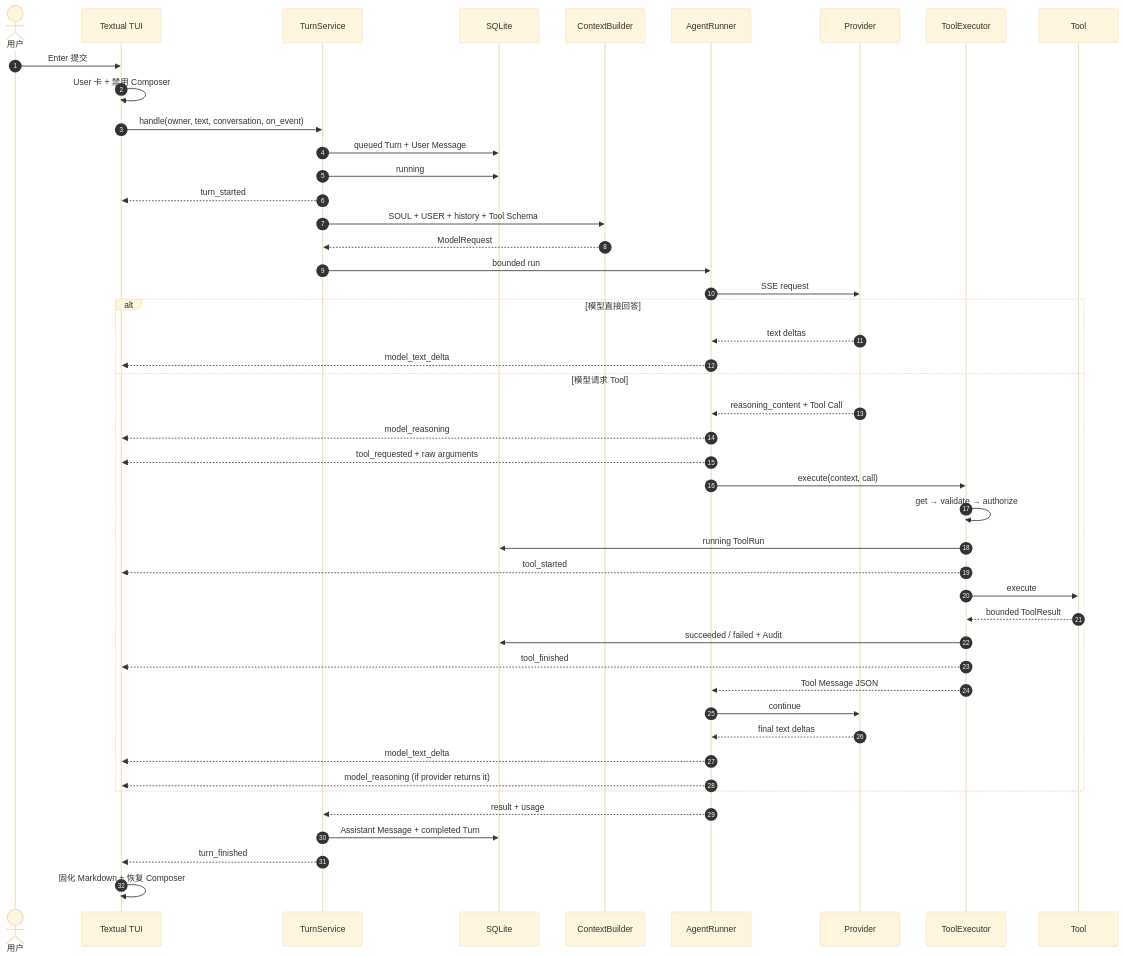
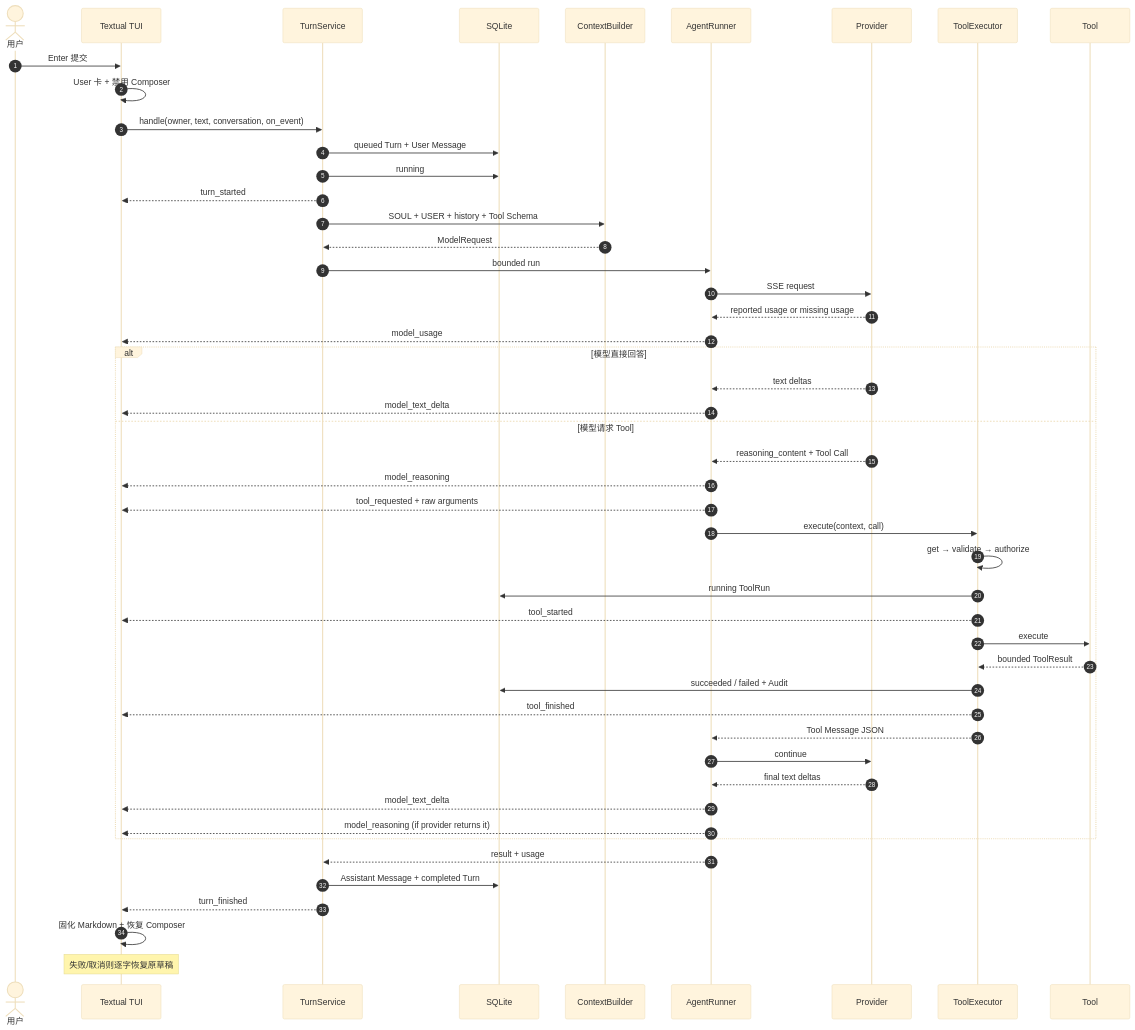
One commit to NEDONION/lobster0 changed the fourth of 9 diagrams in docs/architecture/20260807_系统架构.md. Above: the diagram before and after it, drawn with Mermaid (base theme). The commit also changed other lines of this file and 18 other files, not shown here.

````diff
--- a/docs/architecture/20260807_系统架构.md
+++ b/docs/architecture/20260807_系统架构.md
@@ -79,49 +80,52 @@
 ```mermaid
 sequenceDiagram
     autonumber
     actor User as 用户
     participant UI as Textual TUI
     participant Turn as TurnService
     participant Store as SQLite
     participant Context as ContextBuilder
     participant Agent as AgentRunner
     participant Model as Provider
     participant Exec as ToolExecutor
     participant Tool as Tool
 
     User->>UI: Enter 提交
     UI->>UI: User 卡 + 禁用 Composer
     UI->>Turn: handle(owner, text, conversation, on_event)
     Turn->>Store: queued Turn + User Message
     Turn->>Store: running
     Turn-->>UI: turn_started
     Turn->>Context: SOUL + USER + history + Tool Schema
     Context-->>Turn: ModelRequest
     Turn->>Agent: bounded run
     Agent->>Model: SSE request
+    Model-->>Agent: reported usage or missing usage
+    Agent-->>UI: model_usage
     alt 模型直接回答
         Model-->>Agent: text deltas
         Agent-->>UI: model_text_delta
     else 模型请求 Tool
         Model-->>Agent: reasoning_content + Tool Call
         Agent-->>UI: model_reasoning
         Agent-->>UI: tool_requested + raw arguments
         Agent->>Exec: execute(context, call)
         Exec->>Exec: get → validate → authorize
         Exec->>Store: running ToolRun
         Exec-->>UI: tool_started
         Exec->>Tool: execute
         Tool-->>Exec: bounded ToolResult
         Exec->>Store: succeeded / failed + Audit
         Exec-->>UI: tool_finished
         Exec-->>Agent: Tool Message JSON
         Agent->>Model: continue
         Model-->>Agent: final text deltas
         Agent-->>UI: model_text_delta
         Agent-->>UI: model_reasoning (if provider returns it)
     end
     Agent-->>Turn: result + usage
     Turn->>Store: Assistant Message + completed Turn
     Turn-->>UI: turn_finished
     UI->>UI: 固化 Markdown + 恢复 Composer
+    Note over UI: 失败/取消则逐字恢复原草稿
 ```
````
